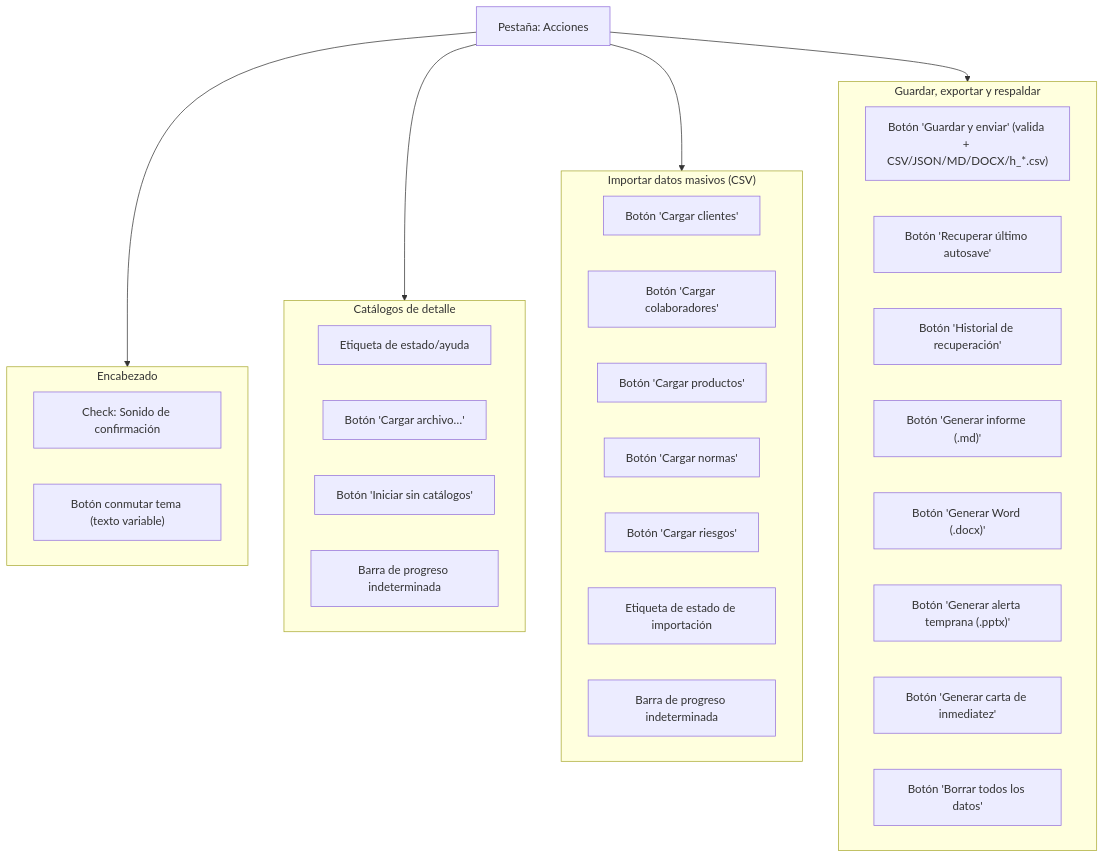
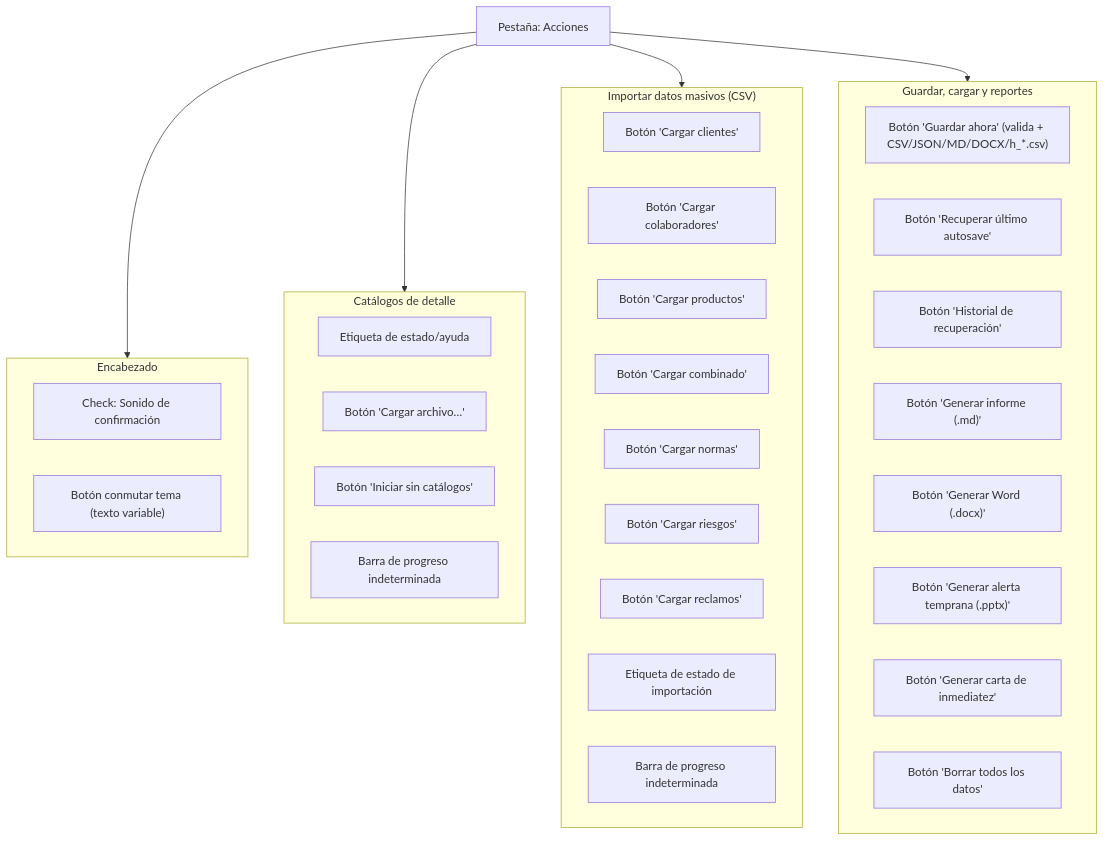
One commit to PillB/Formulario_investigacion changed the diagram in wireframes/tab05_acciones.mmd. Above: the diagram before and after it, drawn with Mermaid. The commit also changed 3 other files, not shown here.

```diff
--- a/wireframes/tab05_acciones.mmd
+++ b/wireframes/tab05_acciones.mmd
@@ -1,40 +1,42 @@
 flowchart TB
     tab["Pestaña: Acciones"]
 
     subgraph header["Encabezado"]
         sonido["Check: Sonido de confirmación"]
         tema["Botón conmutar tema (texto variable)"]
     end
     tab --> header
 
     subgraph catalogos["Catálogos de detalle"]
         estado_catalogos["Etiqueta de estado/ayuda"]
         cargar["Botón 'Cargar catálogos'"]
         iniciar_sin["Botón 'Iniciar sin catálogos'"]
         barra_catalogos["Barra de progreso indeterminada"]
     end
     tab --> catalogos
 
     subgraph importacion["Importar datos masivos (CSV)"]
         btn_clientes["Botón 'Cargar clientes'"]
         btn_colabs["Botón 'Cargar colaboradores'"]
         btn_productos["Botón 'Cargar productos'"]
+        btn_combo["Botón 'Cargar combinado'"]
         btn_normas["Botón 'Cargar normas'"]
         btn_riesgos["Botón 'Cargar riesgos'"]
+        btn_reclamos["Botón 'Cargar reclamos'"]
         estado_import["Etiqueta de estado de importación"]
         barra_import["Barra de progreso indeterminada"]
     end
     tab --> importacion
 
-    subgraph acciones["Guardar, exportar y respaldar"]
-        guardar["Botón 'Guardar y enviar' (valida + CSV/JSON/MD/DOCX/h_*.csv)"]
+    subgraph acciones["Guardar, cargar y reportes"]
+        guardar["Botón 'Guardar ahora' (valida + CSV/JSON/MD/DOCX/h_*.csv)"]
         cargar["Botón 'Cargar archivo…'"]
         autosave["Botón 'Recuperar último autosave'"]
         historial["Botón 'Historial de recuperación'"]
         export_md["Botón 'Generar informe (.md)'"]
         export_docx["Botón 'Generar Word (.docx)'"]
         export_ppt["Botón 'Generar alerta temprana (.pptx)'"]
         carta["Botón 'Generar carta de inmediatez'"]
         borrar["Botón 'Borrar todos los datos'"]
     end
     tab --> acciones
```
